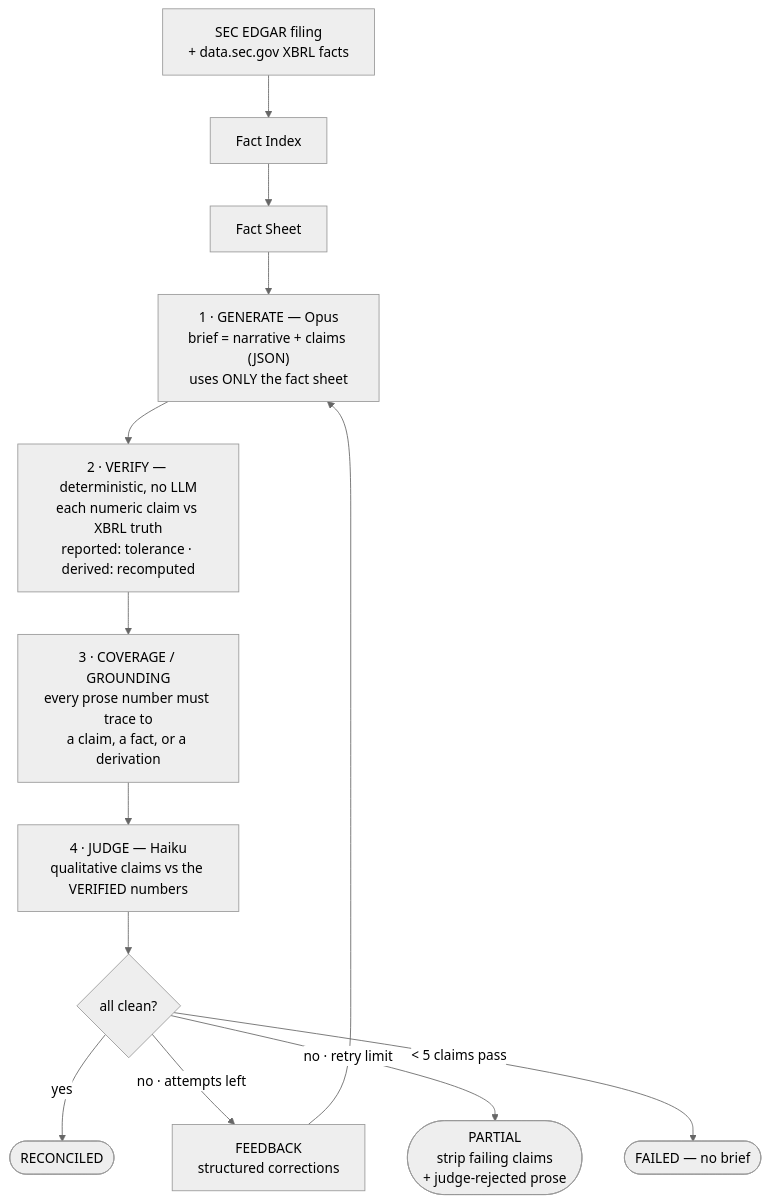
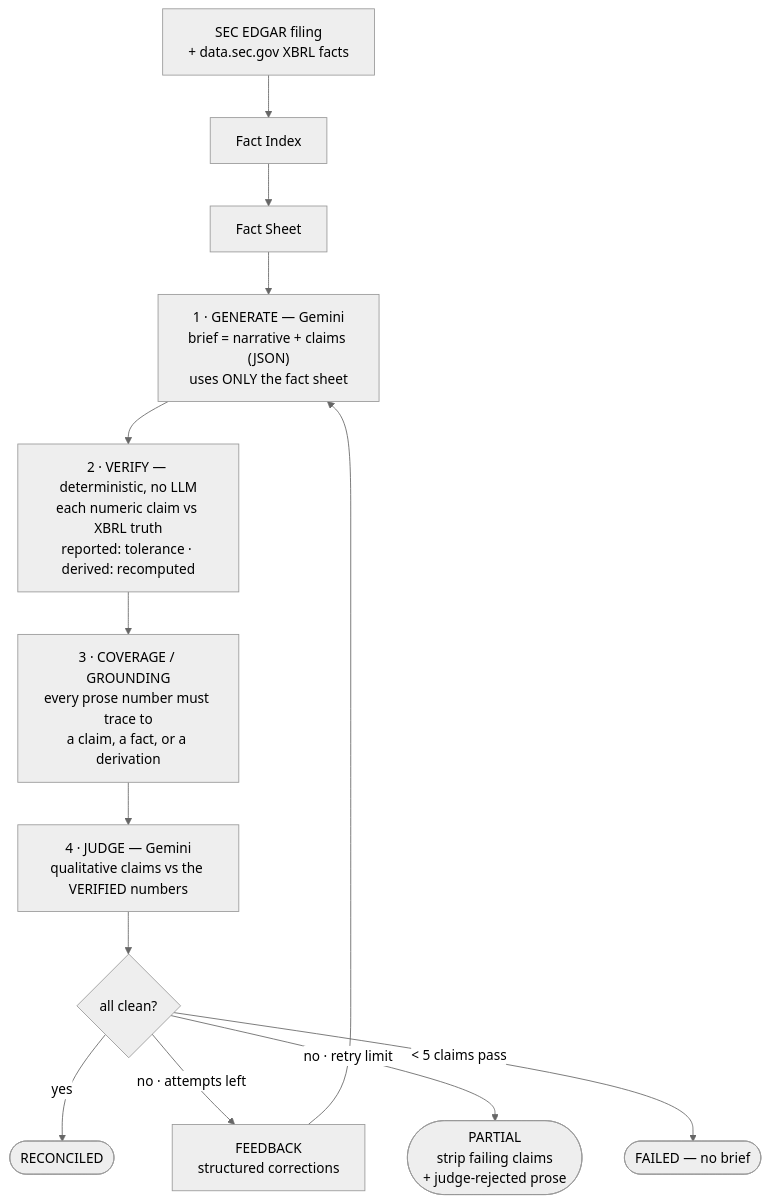
The diagram in docs/DESIGN.md (avinashsaraswat/fsi-eval-harness), drawn with Mermaid (neutral theme) before and after one commit. The commit also changed other lines of this file and 26 other files, not shown here.

First line of the commit message:
v0.2.0 Gemini-only judge, measurement correction and runtime guards

````diff
--- a/docs/DESIGN.md
+++ b/docs/DESIGN.md
@@ -10,15 +10,15 @@
 ```mermaid
 flowchart TD
     A["SEC EDGAR filing<br/>+ data.sec.gov XBRL facts"] --> B["Fact Index"]
     B --> C["Fact Sheet"]
-    C --> G["1 · GENERATE — Opus<br/>brief = narrative + claims (JSON)<br/>uses ONLY the fact sheet"]
+    C --> G["1 · GENERATE — Gemini<br/>brief = narrative + claims (JSON)<br/>uses ONLY the fact sheet"]
     G --> V["2 · VERIFY — deterministic, no LLM<br/>each numeric claim vs XBRL truth<br/>reported: tolerance · derived: recomputed"]
     V --> CO["3 · COVERAGE / GROUNDING<br/>every prose number must trace to<br/>a claim, a fact, or a derivation"]
-    CO --> J["4 · JUDGE — Haiku<br/>qualitative claims vs the VERIFIED numbers"]
+    CO --> J["4 · JUDGE — Gemini<br/>qualitative claims vs the VERIFIED numbers"]
     J --> D{"all clean?"}
     D -->|yes| R(["RECONCILED"])
     D -->|"no · attempts left"| FB["FEEDBACK<br/>structured corrections"]
     FB --> G
     D -->|"no · retry limit"| P(["PARTIAL<br/>strip failing claims<br/>+ judge-rejected prose"])
     D -->|"< 5 claims pass"| X(["FAILED — no brief"])
 ```
````
